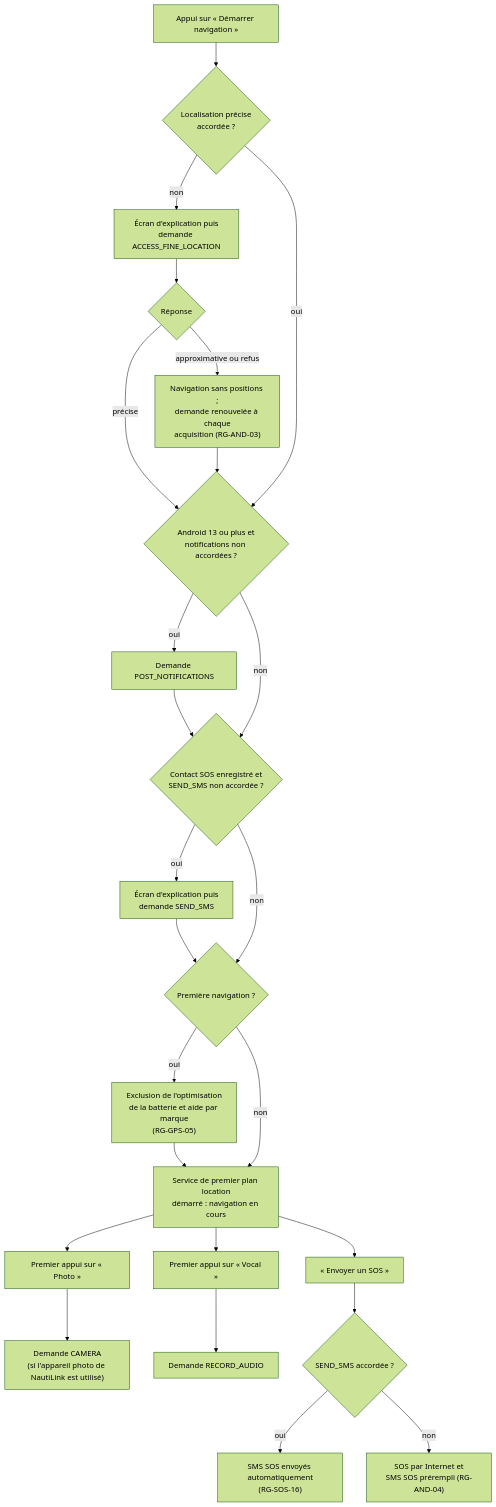
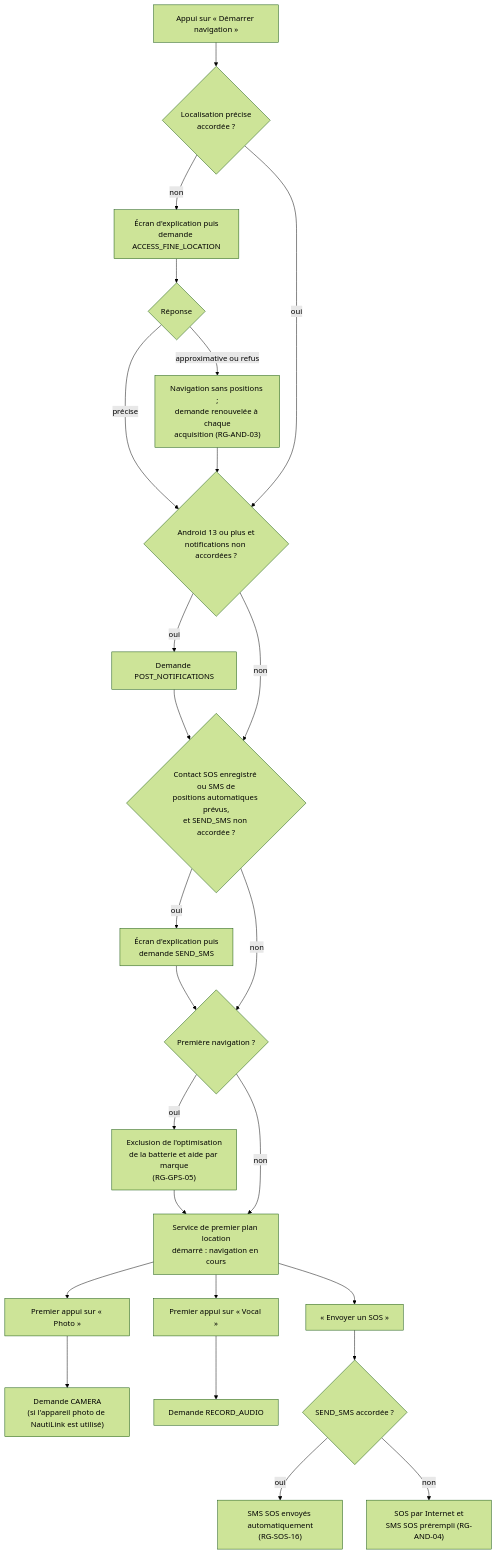
The diagram in docs/etudes/autorisations-android.md (gmoulard/NautiLink), drawn with Mermaid (forest theme) before and after one commit. The commit also changed 9 other files, not shown here.

First line of the commit message:
Q-36 tranchée : SMS de positions automatiques envoyés automatiquement

````diff
--- a/docs/etudes/autorisations-android.md
+++ b/docs/etudes/autorisations-android.md
@@ -56,20 +56,20 @@
 ```mermaid
 flowchart TD
     A["Appui sur « Démarrer navigation »"] --> B{"Localisation précise<br/>accordée ?"}
     B -- non --> B1["Écran d'explication puis<br/>demande ACCESS_FINE_LOCATION"]
     B1 --> B2{"Réponse"}
     B2 -- "précise" --> C
     B2 -- "approximative ou refus" --> BX["Navigation sans positions ;<br/>demande renouvelée à chaque<br/>acquisition (RG-AND-03)"] --> C
     B -- oui --> C{"Android 13 ou plus et<br/>notifications non accordées ?"}
     C -- oui --> C1["Demande POST_NOTIFICATIONS"] --> D
-    C -- non --> D{"Contact SOS enregistré et<br/>SEND_SMS non accordée ?"}
+    C -- non --> D{"Contact SOS enregistré ou SMS de<br/>positions automatiques prévus,<br/>et SEND_SMS non accordée ?"}
     D -- oui --> D1["Écran d'explication puis<br/>demande SEND_SMS"] --> E
     D -- non --> E{"Première navigation ?"}
     E -- oui --> E1["Exclusion de l'optimisation<br/>de la batterie et aide par marque<br/>(RG-GPS-05)"] --> F
     E -- non --> F["Service de premier plan location<br/>démarré : navigation en cours"]
     F --> G["Premier appui sur « Photo »"] --> G1["Demande CAMERA<br/>(si l'appareil photo de NautiLink est utilisé)"]
     F --> H["Premier appui sur « Vocal »"] --> H1["Demande RECORD_AUDIO"]
     F --> I["« Envoyer un SOS »"] --> I1{"SEND_SMS accordée ?"}
     I1 -- oui --> I2["SMS SOS envoyés automatiquement<br/>(RG-SOS-16)"]
     I1 -- non --> I3["SOS par Internet et<br/>SMS SOS prérempli (RG-AND-04)"]
 ```
````
